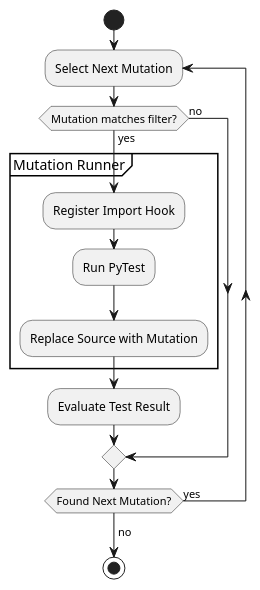
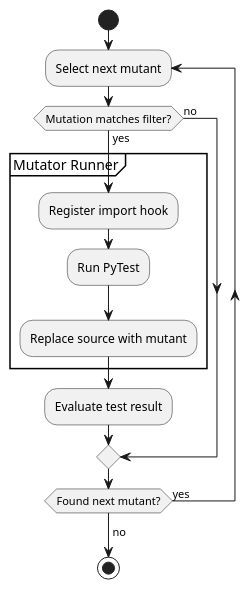
The diagram in diagrams/tests.puml (robert-oleynik/AI4SE-Mutation-Testing), drawn with PlantUML before and after one commit. The commit also changed 1 other file, not shown here.

Commit message:
chore: mutant instead of mutation

```diff
--- a/diagrams/tests.puml
+++ b/diagrams/tests.puml
@@ -1,16 +1,16 @@
 @startuml
 start
-repeat :Select Next Mutation;
+repeat :Select next mutant;
 	if (Mutation matches filter?) then (yes)
-		partition Mutation Runner {
-			:Register Import Hook;
+		partition Mutator Runner {
+			:Register import hook;
 			:Run PyTest;
-			:Replace Source with Mutation;
+			:Replace source with mutant;
 		}
-		:Evaluate Test Result;
+		:Evaluate test result;
 	else (no)
 	endif
-repeat while (Found Next Mutation?) is (yes)
+repeat while (Found next mutant?) is (yes)
 ->no;
 stop
 @enduml
```
